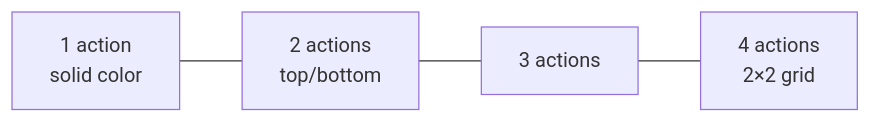
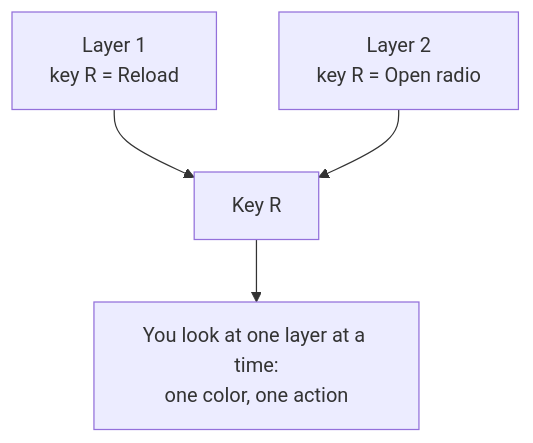
The third of 3 diagrams in docs/en/usage/04-keybinds.md (Alexkill536ITA/ForgeModpack), drawn with Mermaid before and after one commit. The commit also changed other lines of this file and 47 other files, not shown here.

````diff
--- a/docs/en/usage/04-keybinds.md
+++ b/docs/en/usage/04-keybinds.md
@@ -62,4 +70,6 @@
 ```mermaid
-graph LR
-    A["1 action<br/>solid color"] --- B["2 actions<br/>top/bottom"] --- C["3 actions"] --- D["4 actions<br/>2×2 grid"]
+graph TD
+    L1["Layer 1<br/>key R = Reload"] --> K["Key R"]
+    L2["Layer 2<br/>key R = Open radio"] --> K
+    K --> View["You look at one layer at a time:<br/>one color, one action"]
 ```
````
